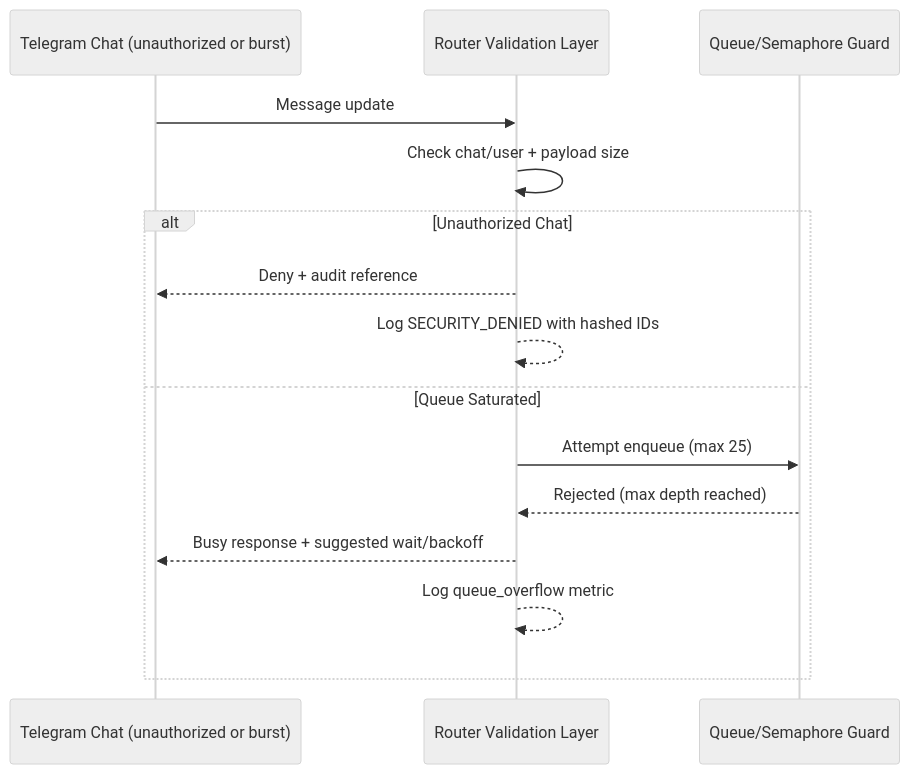
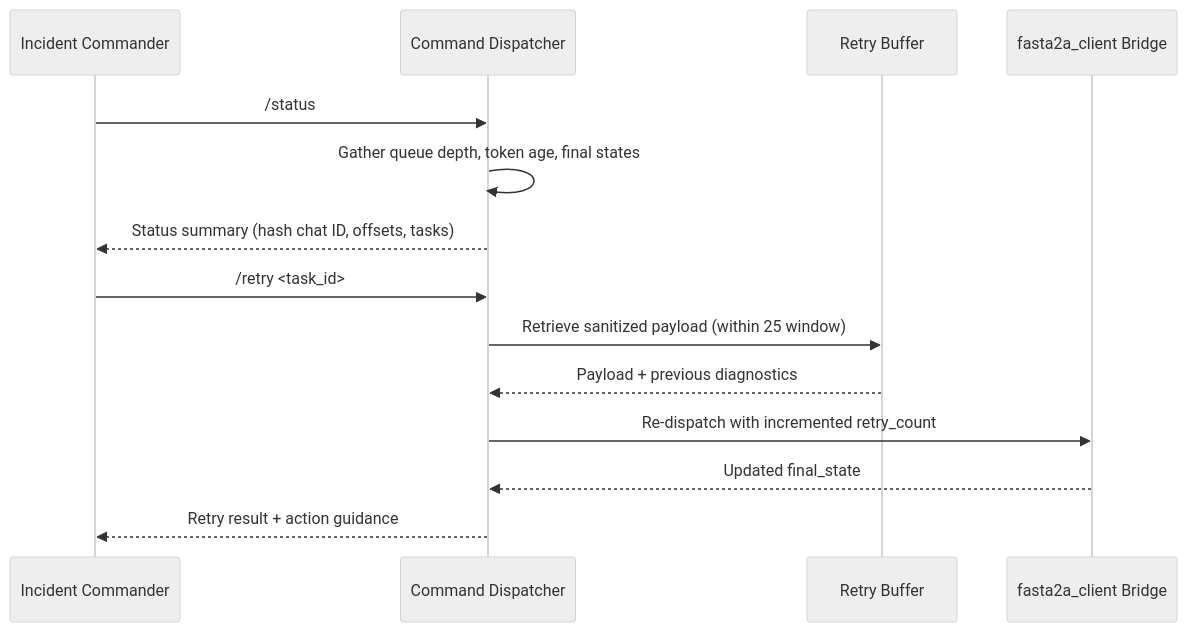
One commit to tbrandenburg/shai changed the second of 2 diagrams in output/34/feature1_architecture.md. Above: the diagram before and after it, drawn with Mermaid (neutral theme). The commit also changed other lines of this file and 29 other files, not shown here.

````diff
--- a/output/34/feature1_architecture.md
+++ b/output/34/feature1_architecture.md
@@ -98,18 +97,17 @@
 ```mermaid
 sequenceDiagram
-    participant Chat as Telegram Chat (unauthorized or burst)
-    participant Bot as Router Validation Layer
-    participant Queue as Queue/Semaphore Guard
+    participant Operator as Incident Commander
+    participant Router as Command Dispatcher
+    participant Cache as Retry Buffer
+    participant A2A as fasta2a_client Bridge
 
-    Chat->>Bot: Message update
-    Bot->>Bot: Check chat/user + payload size
-    alt Unauthorized Chat
-        Bot-->>Chat: Deny + audit reference
-        Bot-->>Bot: Log SECURITY_DENIED with hashed IDs
-    else Queue Saturated
-        Bot->>Queue: Attempt enqueue (max 25)
-        Queue-->>Bot: Rejected (max depth reached)
-        Bot-->>Chat: Busy response + suggested wait/backoff
-        Bot-->>Bot: Log queue_overflow metric
-    end
+    Operator->>Router: /status
+    Router->>Router: Gather queue depth, token age, final states
+    Router-->>Operator: Status summary (hash chat ID, offsets, tasks)
+    Operator->>Router: /retry <task_id>
+    Router->>Cache: Retrieve sanitized payload (within 25 window)
+    Cache-->>Router: Payload + previous diagnostics
+    Router->>A2A: Re-dispatch with incremented retry_count
+    A2A-->>Router: Updated final_state
+    Router-->>Operator: Retry result + action guidance
 ```
````
